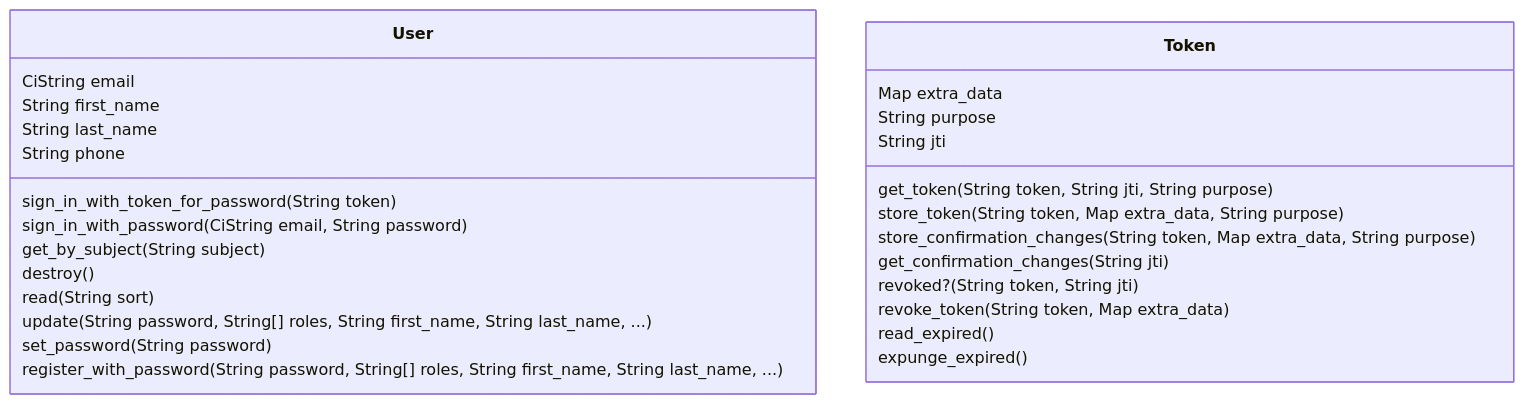
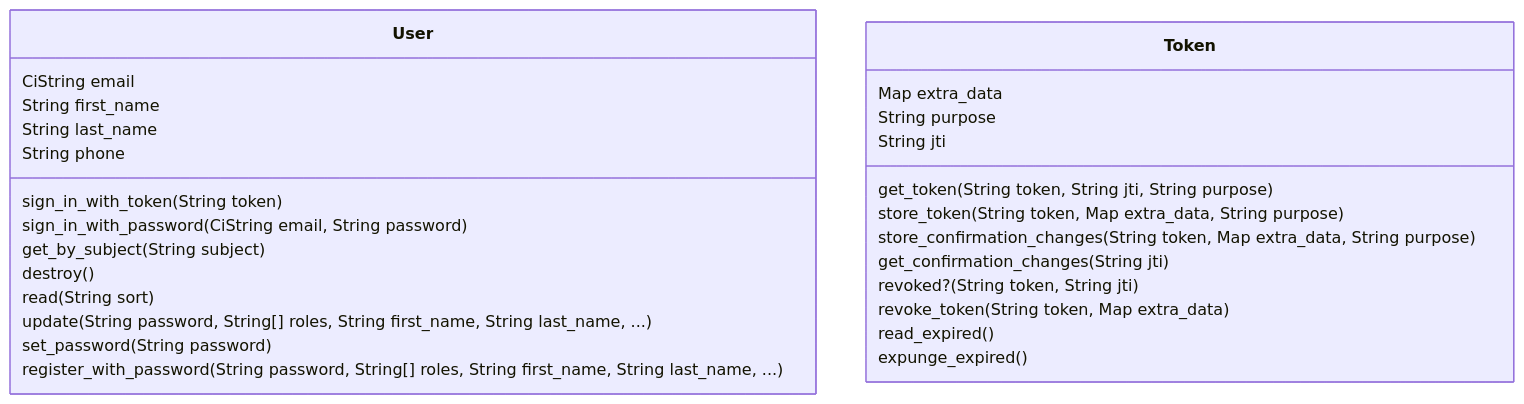
The diagram in lib/data_aggregator/accounts/accounts-mermaid-class-diagram.md (zebbra/data_aggregator), drawn with Mermaid before and after one commit. The commit also changed 35 other files, not shown here.

````diff
--- a/lib/data_aggregator/accounts/accounts-mermaid-class-diagram.md
+++ b/lib/data_aggregator/accounts/accounts-mermaid-class-diagram.md
@@ -1,33 +1,33 @@
 ```mermaid
 classDiagram
     class User {
         CiString email
         String first_name
         String last_name
         String phone
-        sign_in_with_token_for_password(String token)
+        sign_in_with_token(String token)
         sign_in_with_password(CiString email, String password)
         get_by_subject(String subject)
         destroy()
         read(String sort)
         update(String password, String[] roles, String first_name, String last_name, ...)
         set_password(String password)
         register_with_password(String password, String[] roles, String first_name, String last_name, ...)
     }
     class Token {
         Map extra_data
         String purpose
         String jti
         get_token(String token, String jti, String purpose)
         store_token(String token, Map extra_data, String purpose)
         store_confirmation_changes(String token, Map extra_data, String purpose)
         get_confirmation_changes(String jti)
         revoked?(String token, String jti)
         revoke_token(String token, Map extra_data)
         read_expired()
         expunge_expired()
     }
 
 
 
 ```
````
